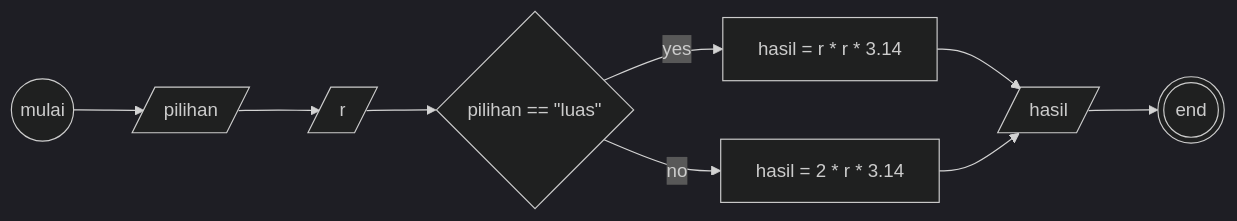
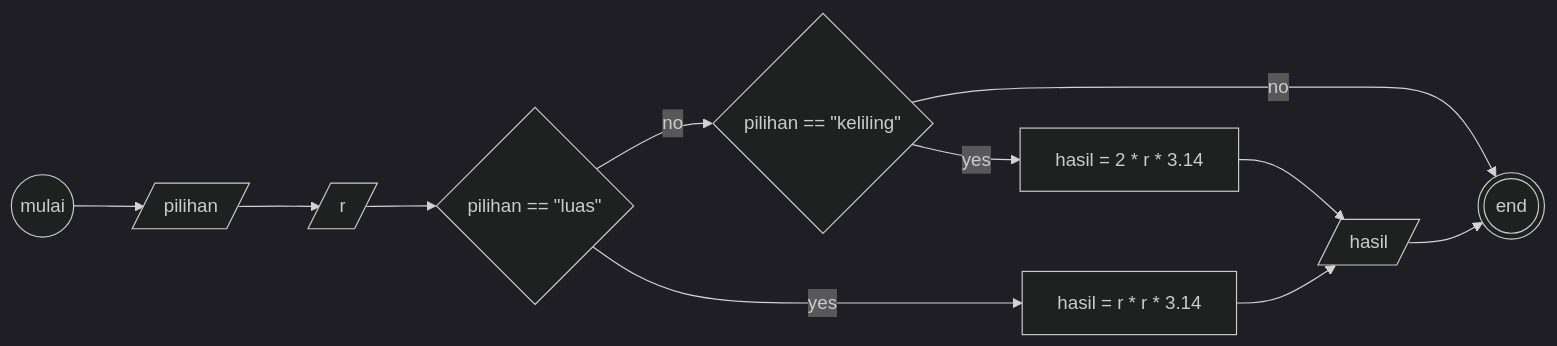
One commit to daberpro/koda-b10-javascript1 changed the diagram in README.md. Above: the diagram before and after it, drawn with Mermaid (dark theme).

````diff
--- a/README.md
+++ b/README.md
@@ -1,20 +1,25 @@
 ```mermaid
 
 flowchart LR
     Start((mulai))
     R[/r/]
     Pilihan[/pilihan/]
-    CekPilihan{"pilihan == #quot;luas#quot;"}
+    CekPilihanLuas{"pilihan == #quot;luas#quot;"}
+    CekPilihanKeliling{"pilihan == #quot;keliling#quot;"}
     HitungLuas[hasil = r * r * 3.14]
     HitungKeliling[hasil = 2 * r * 3.14]
     CetakHasil[/hasil/]
     End(((end)))
 
     Start --> Pilihan
     Pilihan --> R
-    R --> CekPilihan
-    CekPilihan --> |yes| HitungLuas
-    CekPilihan --> |no| HitungKeliling
-    HitungLuas & HitungKeliling --> CetakHasil
+    R --> CekPilihanLuas
+    CekPilihanLuas --> |yes| HitungLuas
+    CekPilihanLuas --> |no| CekPilihanKeliling
+    CekPilihanKeliling --> |yes| HitungKeliling
+    CekPilihanKeliling --> |no| End
+    HitungKeliling --> CetakHasil
+    HitungLuas --> CetakHasil
     CetakHasil --> End
+    
 ```
````
